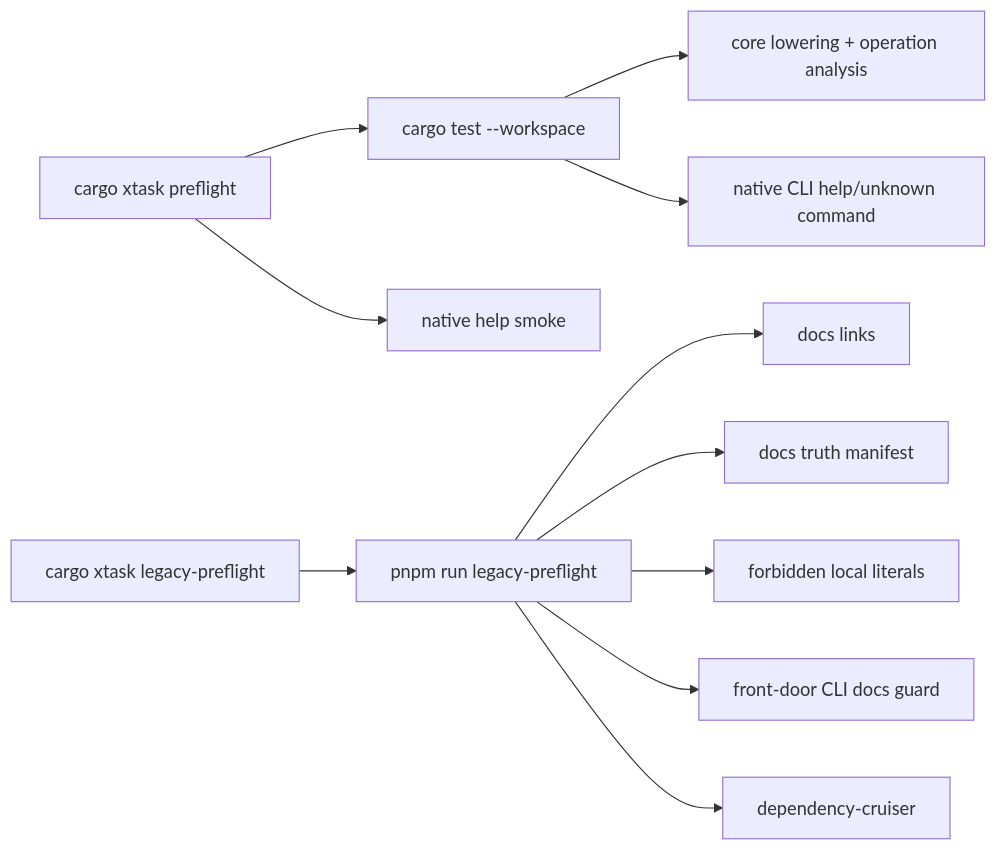
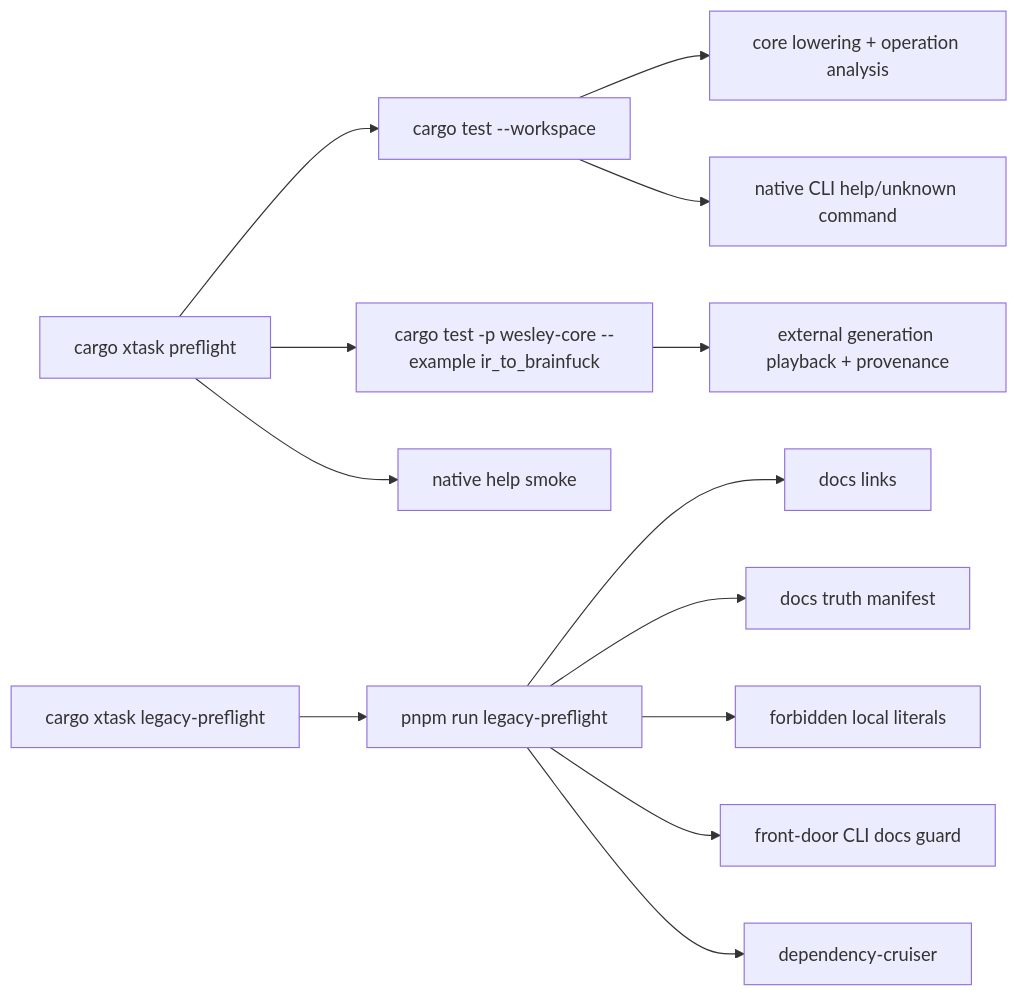
The ninth of 9 diagrams in docs/ARCHITECTURE.md (flyingrobots/wesley), drawn with Mermaid before and after one commit. The commit also changed other lines of this file and 6 other files, not shown here.

Commit message:
Fix: document the full preflight test sequence

````diff
--- a/docs/ARCHITECTURE.md
+++ b/docs/ARCHITECTURE.md
@@ -630,13 +632,15 @@
 ```mermaid
 flowchart LR
     RustTests[cargo test --workspace] --> CoreTests[core lowering + operation analysis]
     RustTests --> CliTests[native CLI help/unknown command]
+    ExampleTests[cargo test -p wesley-core --example ir_to_brainfuck] --> BrainfuckTests[external generation playback + provenance]
     Preflight[cargo xtask preflight] --> RustTests
+    Preflight --> ExampleTests
     Preflight --> NativeHelp[native help smoke]
     Legacy[cargo xtask legacy-preflight] --> Pnpm[pnpm run legacy-preflight]
     Pnpm --> Links[docs links]
     Pnpm --> DocsTruth[docs truth manifest]
     Pnpm --> Literals[forbidden local literals]
     Pnpm --> CliDocs[front-door CLI docs guard]
     Pnpm --> DepCruise[dependency-cruiser]
 ```
````
